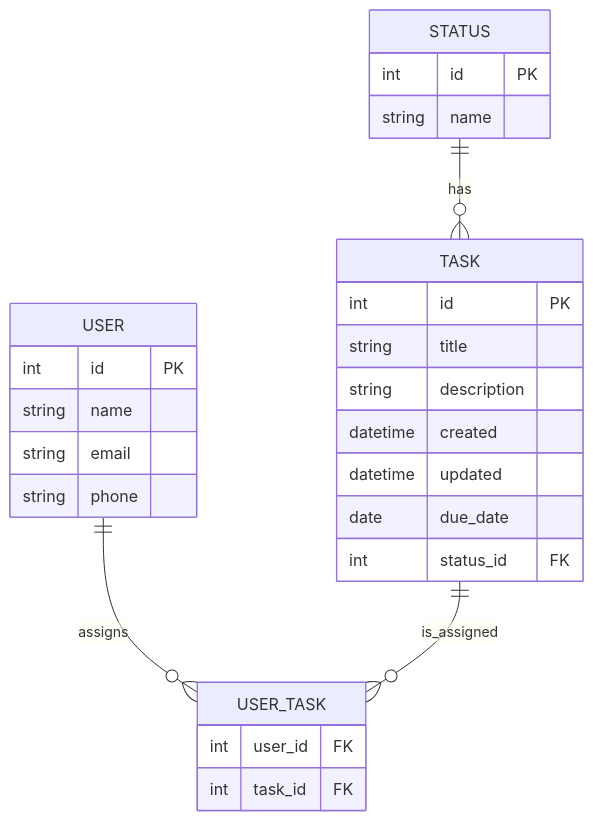
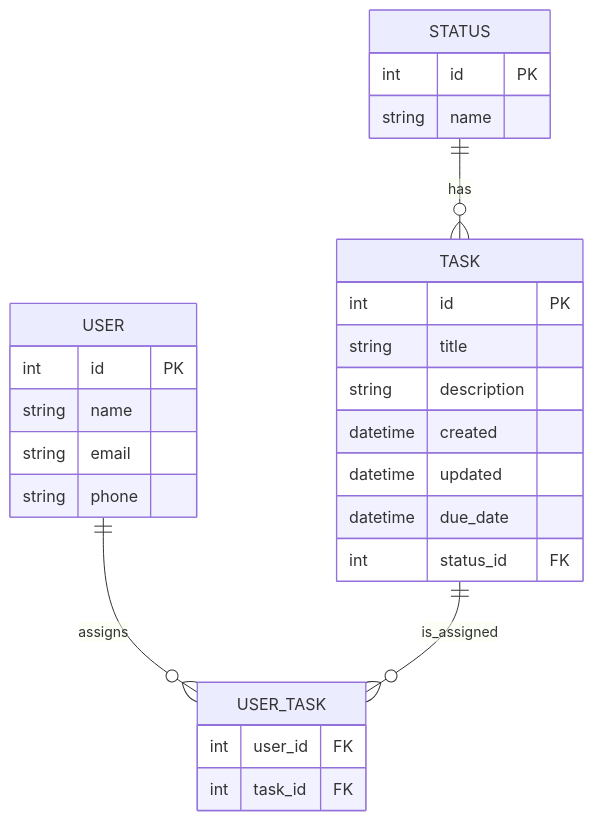
One commit to HackYourFuture-CPH/programme changed the diagram in courses/backend/databases/week1/assignment.md. Above: the diagram before and after it, drawn with Mermaid. The commit also changed other lines of this file and 2 other files, not shown here.

Commit message:
Remove hardcoded IDs from SQL examples in databases week1

````diff
--- a/courses/backend/databases/week1/assignment.md
+++ b/courses/backend/databases/week1/assignment.md
@@ -15,30 +15,30 @@
 ```mermaid
 erDiagram
   USER {
     int id PK
     string name
     string email
     string phone
   }
   STATUS {
     int id PK
     string name
   }
   TASK {
     int id PK
     string title
     string description
     datetime created
     datetime updated
-    date due_date
+    datetime due_date
     int status_id FK
   }
   USER_TASK {
     int user_id FK
     int task_id FK
   }
 
   USER ||--o{ USER_TASK : assigns
   TASK ||--o{ USER_TASK : is_assigned
   STATUS ||--o{ TASK : has
 ```
````
